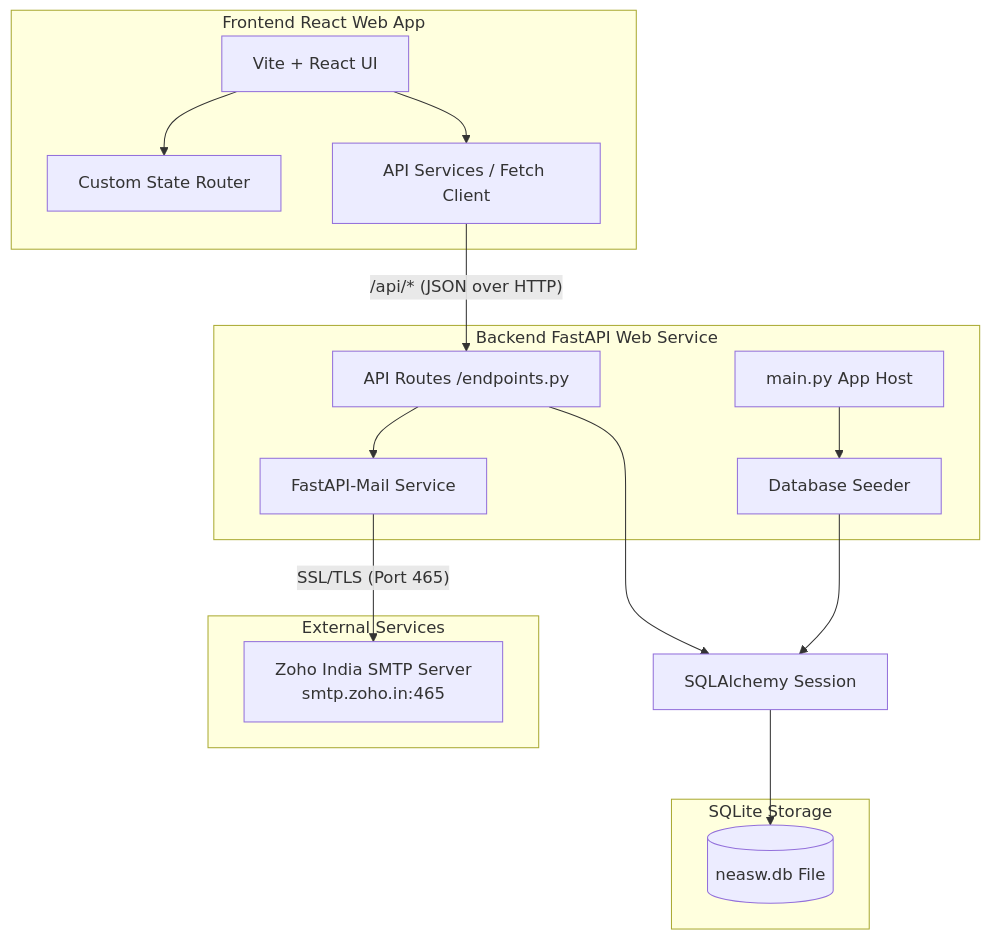
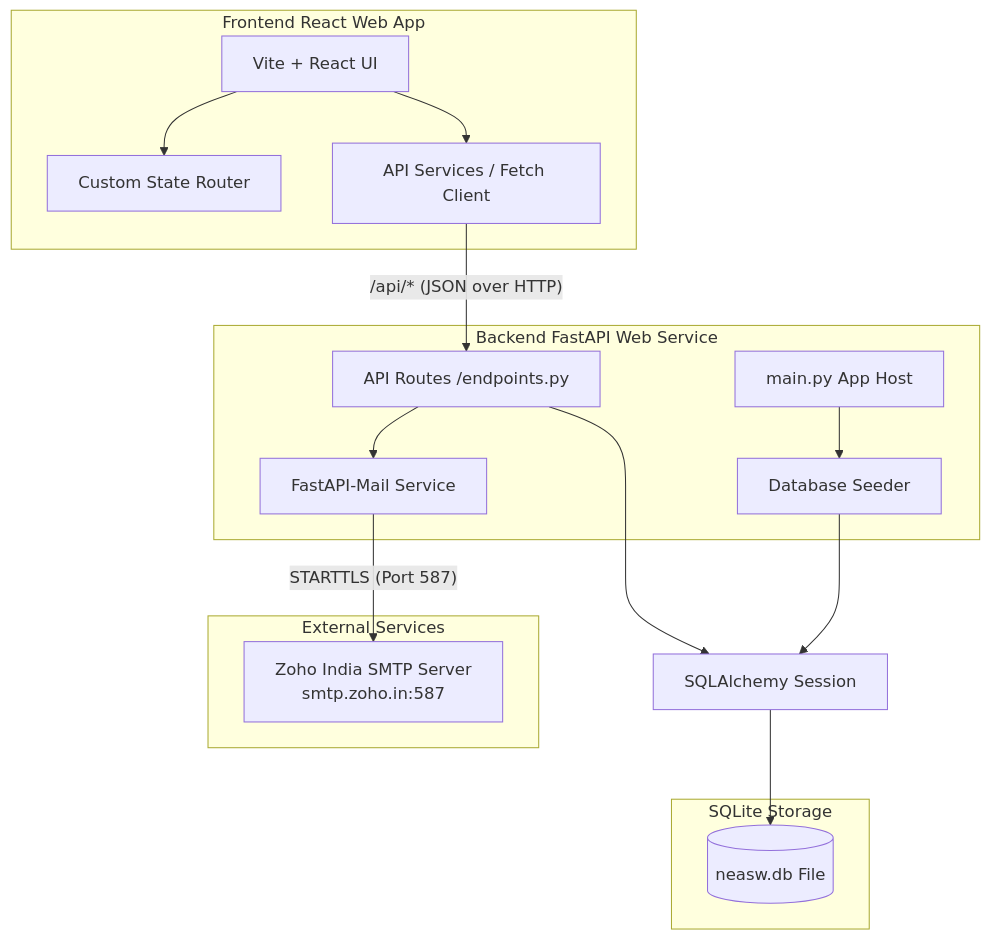
One commit to takeaname1o1/neasw-ngo changed the first of 2 diagrams in TECHNICAL_DOCUMENTATION.md. Above: the diagram before and after it, drawn with Mermaid. The commit also changed other lines of this file and 2 other files, not shown here.

Commit message:
fix(backend): update SMTP config to Port 587 with STARTTLS for Render cloud deployment

````diff
--- a/TECHNICAL_DOCUMENTATION.md
+++ b/TECHNICAL_DOCUMENTATION.md
@@ -14,33 +14,33 @@
 ```mermaid
 graph TD
     subgraph Client [Frontend React Web App]
         UI[Vite + React UI]
         Router[Custom State Router]
         APIService[API Services / Fetch Client]
     end
 
     subgraph Server [Backend FastAPI Web Service]
         Main[main.py App Host]
         Endpoints[API Routes /endpoints.py]
         EmailService[FastAPI-Mail Service]
         DB_Seed[Database Seeder]
     end
 
     subgraph External [External Services]
-        ZohoSMTP[Zoho India SMTP Server<br/>smtp.zoho.in:465]
+        ZohoSMTP[Zoho India SMTP Server<br/>smtp.zoho.in:587]
     end
 
     subgraph DataStore [SQLite Storage]
         DB[(neasw.db File)]
     end
 
     UI --> Router
     UI --> APIService
     APIService -- "/api/* (JSON over HTTP)" --> Endpoints
     Endpoints --> Database_ORM[SQLAlchemy Session]
     Database_ORM --> DB
     Endpoints --> EmailService
-    EmailService -- "SSL/TLS (Port 465)" --> ZohoSMTP
+    EmailService -- "STARTTLS (Port 587)" --> ZohoSMTP
     Main --> DB_Seed
     DB_Seed --> Database_ORM
 ```
````
